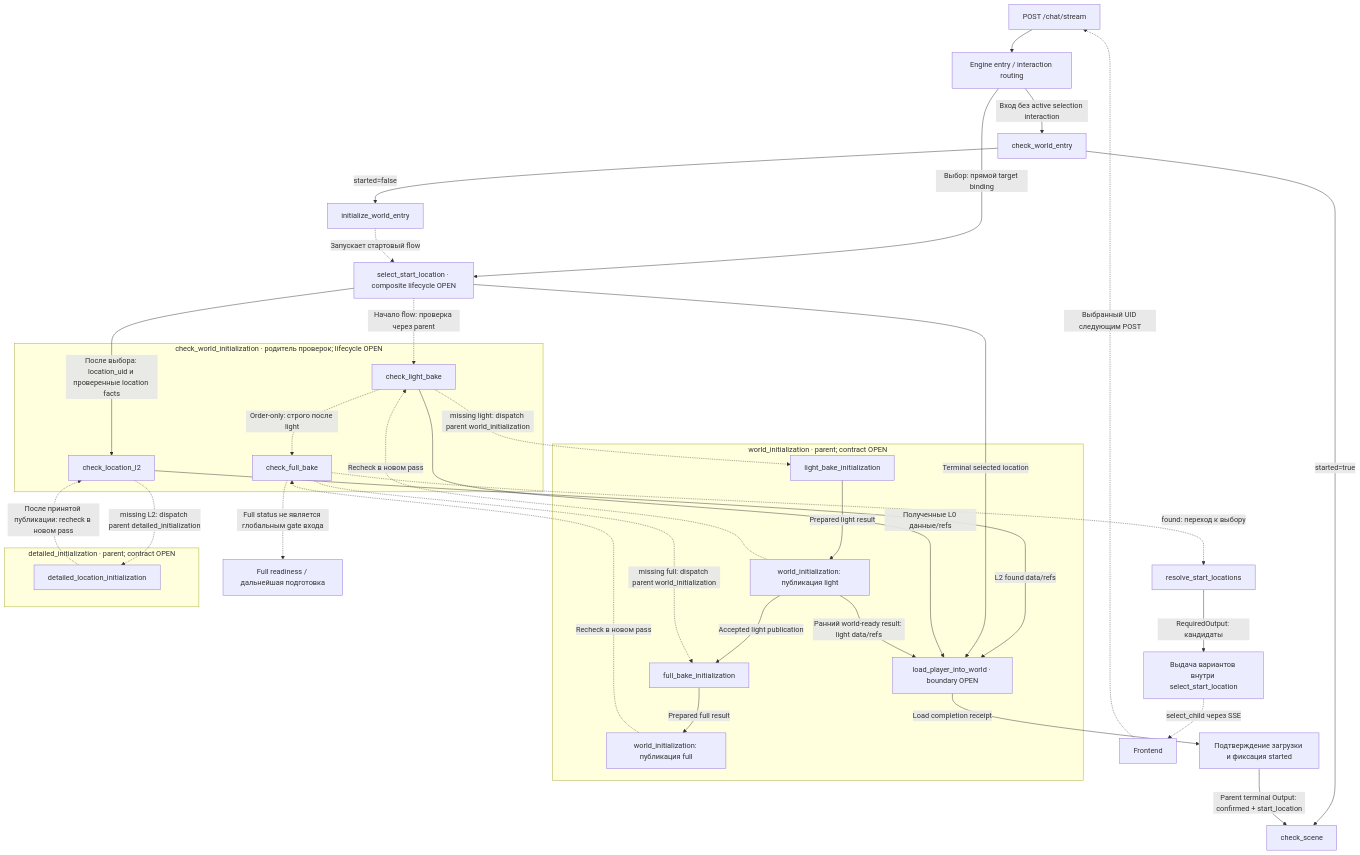
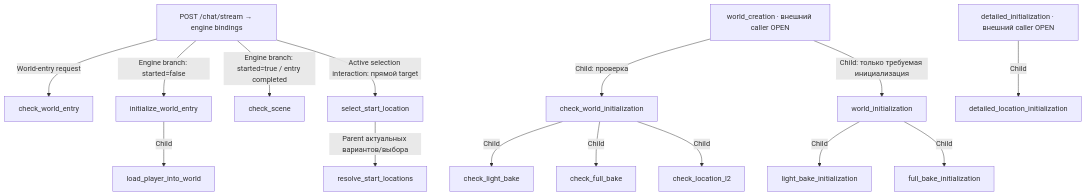
One commit to AndrewBondaren/AI-Project changed the diagram in .cursor/plans/gen-dag-node-dependency.md. Above: the diagram before and after it, drawn with Mermaid. The commit also changed other lines of this file and 14 other files, not shown here.

````diff
--- a/.cursor/plans/gen-dag-node-dependency.md
+++ b/.cursor/plans/gen-dag-node-dependency.md
@@ -13,46 +70,17 @@
 ```mermaid
 flowchart TD
-    API["POST /chat/stream"] --> E["Engine entry / interaction routing"]
-    E -->|"Вход без active selection interaction"| W["check_world_entry"]
-    E -->|"Выбор: прямой target binding"| S
-    W -->|"started=true"| C["check_scene"]
-    W -->|"started=false"| P["initialize_world_entry"]
-    P -.->|"Запускает стартовый flow"| S["select_start_location · composite lifecycle OPEN"]
-    subgraph CHECKS["check_world_initialization · родитель проверок; lifecycle OPEN"]
-        L["check_light_bake"]
-        F["check_full_bake"]
-        D["check_location_l2"]
-        L -.->|"Order-only: строго после light"| F
-    end
-    S -.->|"Начало flow: проверка через parent"| L
-    F -.->|"found: переход к выбору"| R["resolve_start_locations"]
-    R -->|"RequiredOutput: кандидаты"| OFFER["Выдача вариантов внутри select_start_location"]
-    OFFER -.->|"select_child через SSE"| UI["Frontend"]
-    UI -.->|"Выбранный UID следующим POST"| API
-    S -->|"После выбора: location_uid и проверенные location facts"| D
-    D -->|"L2 found data/refs"| LOAD["load_player_into_world · boundary OPEN"]
-    S -->|"Terminal selected location"| LOAD
-    L -->|"Полученные L0 данные/refs"| LOAD
-    F -.->|"Full status не является глобальным gate входа"| FULLSTATUS["Full readiness / дальнейшая подготовка"]
-    subgraph WI["world_initialization · parent; contract OPEN"]
-        LI["light_bake_initialization"]
-        FI["full_bake_initialization"]
-        LP["world_initialization: публикация light"]
-        FP["world_initialization: публикация full"]
-        LI -->|"Prepared light result"| LP
-        LP -->|"Accepted light publication"| FI
-    LP -->|"Ранний world-ready result: light data/refs"| LOAD
-        FI -->|"Prepared full result"| FP
-    end
-    subgraph DI["detailed_initialization · parent; contract OPEN"]
-        DLI["detailed_location_initialization"]
-    end
-    L -.->|"missing light: dispatch parent world_initialization"| LI
-    F -.->|"missing full: dispatch parent world_initialization"| FI
-    D -.->|"missing L2: dispatch parent detailed_initialization"| DLI
-    LP -.->|"Recheck в новом pass"| L
-    FP -.->|"Recheck в новом pass"| F
-    DLI -.->|"После принятой публикации: recheck в новом pass"| D
-    LOAD -->|"Load completion receipt"| DONE["Подтверждение загрузки и фиксация started"]
-    DONE -->|"Parent terminal Output: confirmed + start_location"| C
+    API["POST /chat/stream → engine bindings"] -->|"World-entry request"| W["check_world_entry"]
+    API -->|"Engine branch: started=false"| ENTRY["initialize_world_entry"]
+    API -->|"Engine branch: started=true / entry completed"| SCENE["check_scene"]
+    API -->|"Active selection interaction: прямой target"| SELECT["select_start_location"]
+    ENTRY -->|"Child"| LOAD["load_player_into_world"]
+    SELECT -->|"Parent актуальных вариантов/выбора"| RESOLVE["resolve_start_locations"]
+    CREATION["world_creation · внешний caller OPEN"] -->|"Child: проверка"| CHECKS["check_world_initialization"]
+    CREATION -->|"Child: только требуемая инициализация"| WORLD["world_initialization"]
+    CHECKS -->|"Child"| LIGHT["check_light_bake"]
+    CHECKS -->|"Child"| FULL["check_full_bake"]
+    CHECKS -->|"Child"| L2["check_location_l2"]
+    WORLD -->|"Child"| LI["light_bake_initialization"]
+    WORLD -->|"Child"| FI["full_bake_initialization"]
+    DETAIL["detailed_initialization · внешний caller OPEN"] -->|"Child"| DLI["detailed_location_initialization"]
 ```
````
